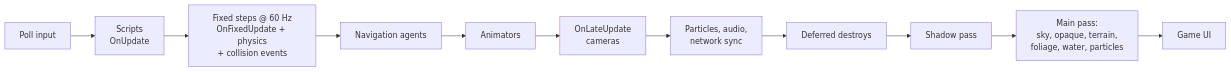
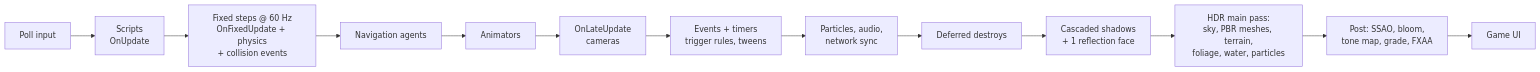
The second of 2 diagrams in README.md (commonvtake/9divine), drawn with Mermaid before and after one commit. The commit also changed other lines of this file and 5 other files, not shown here.

````diff
--- a/README.md
+++ b/README.md
@@ -213,13 +249,15 @@
 ```mermaid
 flowchart LR
     A[Poll input] --> B[Scripts<br/>OnUpdate]
     B --> C[Fixed steps @ 60 Hz<br/>OnFixedUpdate + physics<br/>+ collision events]
     C --> D[Navigation agents]
     D --> E[Animators]
     E --> F[OnLateUpdate<br/>cameras]
-    F --> G[Particles, audio,<br/>network sync]
+    F --> F2[Events + timers<br/>trigger rules, tweens]
+    F2 --> G[Particles, audio,<br/>network sync]
     G --> H[Deferred destroys]
-    H --> I[Shadow pass]
-    I --> J[Main pass:<br/>sky, opaque, terrain,<br/>foliage, water, particles]
-    J --> K[Game UI]
+    H --> I[Cascaded shadows<br/>+ 1 reflection face]
+    I --> J[HDR main pass:<br/>sky, PBR meshes, terrain,<br/>foliage, water, particles]
+    J --> J2[Post: SSAO, bloom,<br/>tone map, grade, FXAA]
+    J2 --> K[Game UI]
 ```
````
